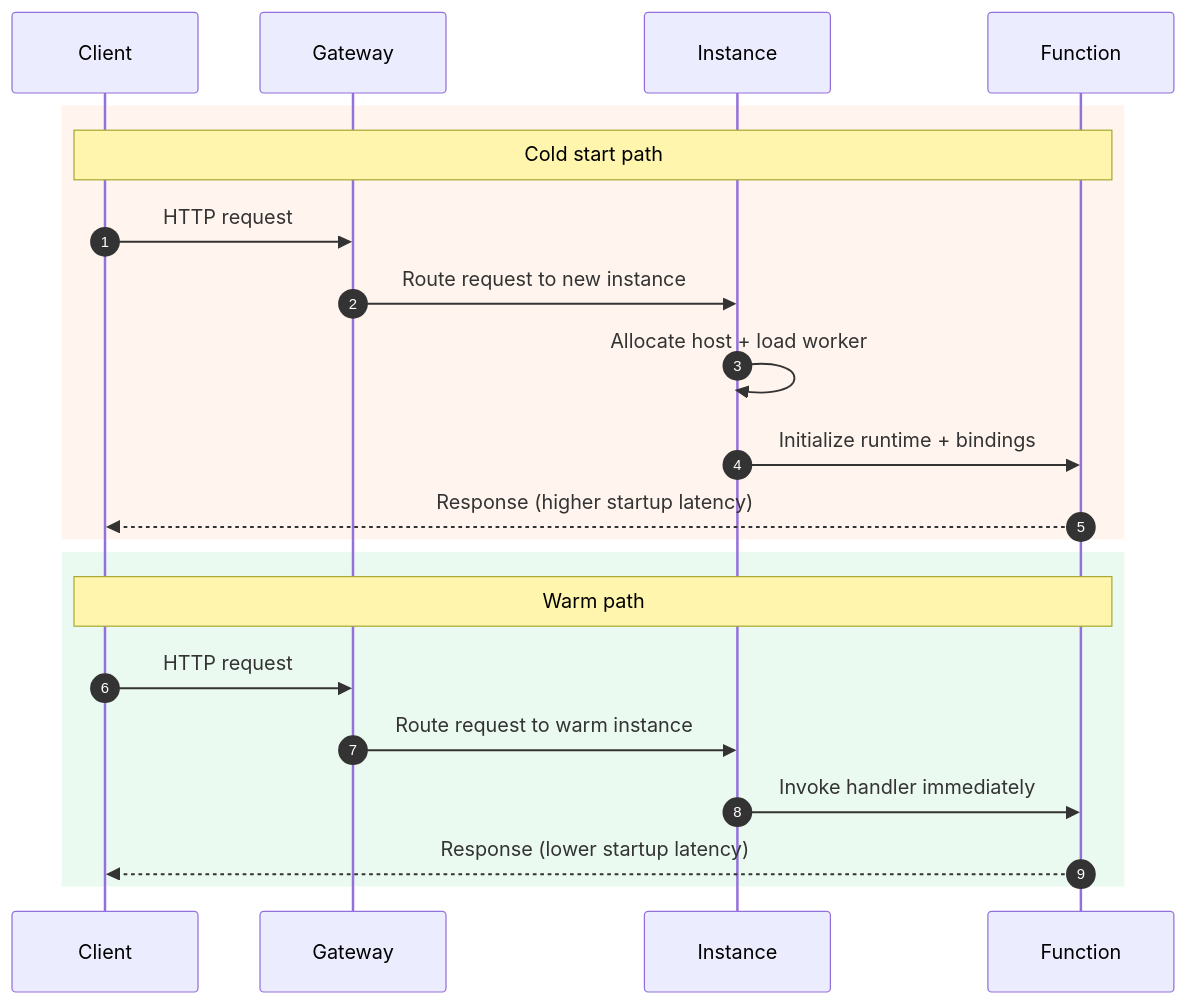
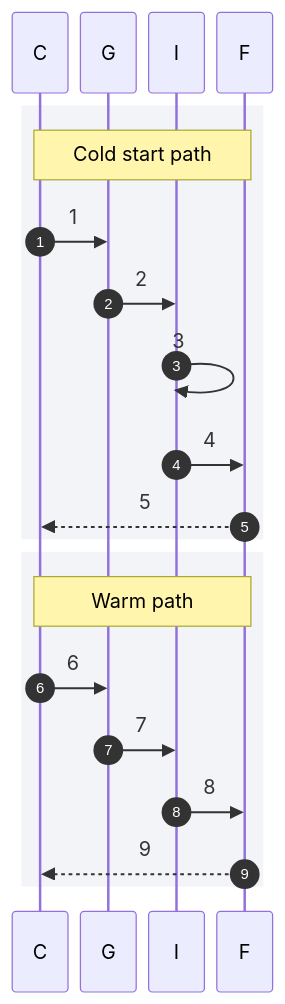
The fourth of 4 diagrams in docs/platform/scaling.md (yeongseon/azure-functions-practical-guide), drawn with Mermaid before and after one commit. The commit also changed other lines of this file and 3 other files, not shown here.

First line of the commit message:
docs(diagrams): migrate Functions scaling and cold start — scaling and cold start and related pages (#428)

````diff
--- a/docs/platform/scaling.md
+++ b/docs/platform/scaling.md
@@ -288,23 +316,26 @@
 ```mermaid
+%%{init: {'sequence': {'actorMargin': 10, 'width': 45, 'diagramMarginX': 5, 'wrap': true}}}%%
 sequenceDiagram
+    accTitle: Cold and warm HTTP paths
+    accDescr: Illustrative logical HTTP comparison, not a protocol trace or a latency benchmark. The same client, gateway, instance and function roles appear in both paths. Cold adds host allocation, worker loading, runtime and binding initialization before response; warm invokes the handler without those depicted startup stages. Numbers map to complete adjacent exchange labels; lower startup overhead does not guarantee lower total request latency.
     autonumber
-    participant Client
-    participant Gateway
-    participant Instance
-    participant Function
-    rect rgb(255, 245, 238)
+    participant Client as C
+    participant Gateway as G
+    participant Instance as I
+    participant Function as F
+    rect rgb(242, 244, 248)
     note over Client,Function: Cold start path
-    Client->>Gateway: HTTP request
-    Gateway->>Instance: Route request to new instance
-    Instance->>Instance: Allocate host + load worker
-    Instance->>Function: Initialize runtime + bindings
-    Function-->>Client: Response (higher startup latency)
+    Client->>Gateway: 1
+    Gateway->>Instance: 2
+    Instance->>Instance: 3
+    Instance->>Function: 4
+    Function-->>Client: 5
     end
-    rect rgb(235, 250, 240)
+    rect rgb(242, 244, 248)
     note over Client,Function: Warm path
-    Client->>Gateway: HTTP request
-    Gateway->>Instance: Route request to warm instance
-    Instance->>Function: Invoke handler immediately
-    Function-->>Client: Response (lower startup latency)
+    Client->>Gateway: 6
+    Gateway->>Instance: 7
+    Instance->>Function: 8
+    Function-->>Client: 9
     end
 ```
````
